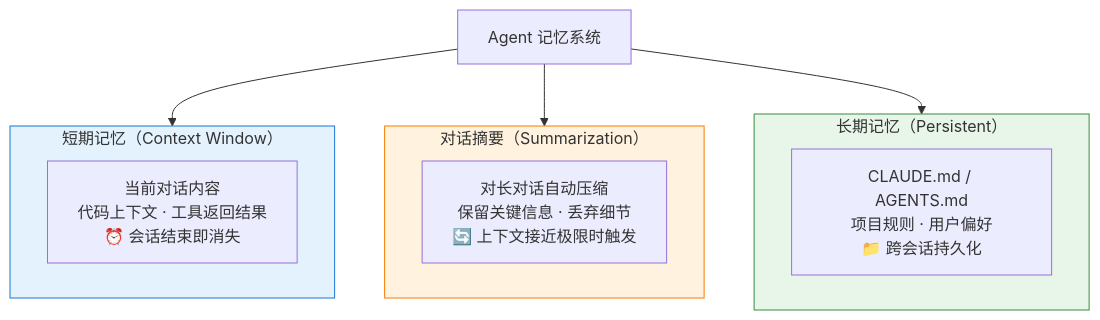
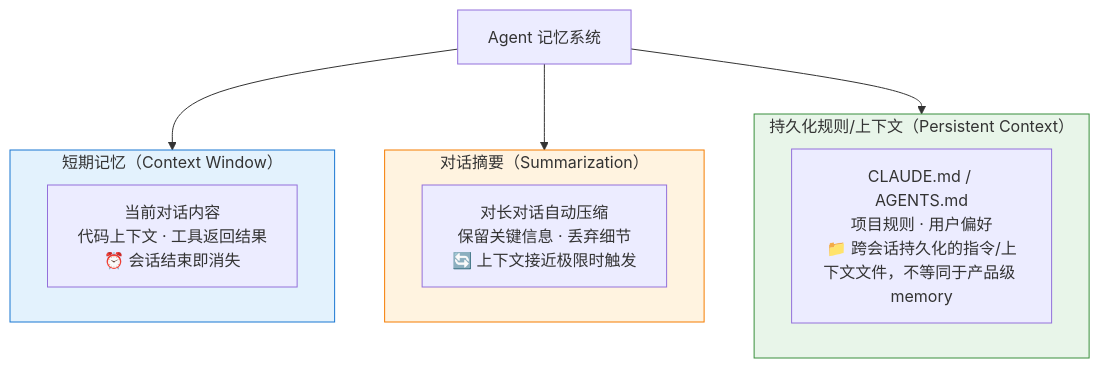
One commit to zht043/AgenticCodingTutorial changed the fifth of 11 diagrams in docs/ch02-concepts/part-2-concepts.md. Above: the diagram before and after it, drawn with Mermaid. The commit also changed other lines of this file and 2 other files, not shown here.

````diff
--- a/docs/ch02-concepts/part-2-concepts.md
+++ b/docs/ch02-concepts/part-2-concepts.md
@@ -273,24 +273,24 @@
 ```mermaid
 flowchart TB
     Agent["Agent 记忆系统"]
 
     subgraph STM["短期记忆（Context Window）"]
         CW["当前对话内容<br/>代码上下文 · 工具返回结果<br/>⏰ 会话结束即消失"]
     end
 
     subgraph MTM["对话摘要（Summarization）"]
         SUM["对长对话自动压缩<br/>保留关键信息 · 丢弃细节<br/>🔄 上下文接近极限时触发"]
     end
 
-    subgraph LTM["长期记忆（Persistent）"]
-        LM["CLAUDE.md / AGENTS.md<br/>项目规则 · 用户偏好<br/>📁 跨会话持久化"]
+    subgraph LTM["持久化规则/上下文（Persistent Context）"]
+        LM["CLAUDE.md / AGENTS.md<br/>项目规则 · 用户偏好<br/>📁 跨会话持久化的指令/上下文文件，不等同于产品级 memory"]
     end
 
     Agent --> STM
     Agent --> MTM
     Agent --> LTM
 
     style STM fill:#e3f2fd,stroke:#1976d2
     style MTM fill:#fff3e0,stroke:#f57c00
     style LTM fill:#e8f5e9,stroke:#388e3c
 ```
````
